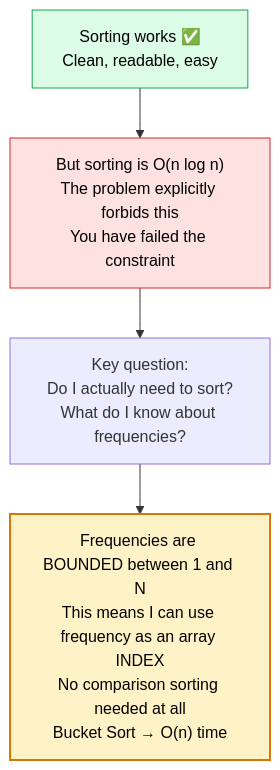
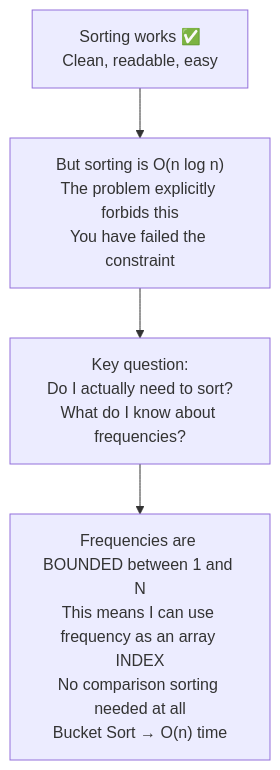
One commit to M-F-Tushar/LeetCode-Problem-Solving changed the seventh of 12 diagrams in 05 - Top K Frequent Elements/README.md. Above: the diagram before and after it, drawn with Mermaid. The commit also changed other lines of this file and 6 other files, not shown here.

Commit message:
added 06 - Is Subsequence, 07 - Longest Consecutive Sequence

````diff
--- a/05 - Top K Frequent Elements/README.md
+++ b/05 - Top K Frequent Elements/README.md
@@ -248,10 +241,7 @@
 ```mermaid
 flowchart TD
     A["Sorting works ✅\nClean, readable, easy"] --> B["But sorting is O(n log n)\nThe problem explicitly forbids this\nYou have failed the constraint"]
     B --> C["Key question:\nDo I actually need to sort?\nWhat do I know about frequencies?"]
     C --> D["Frequencies are BOUNDED between 1 and N\nThis means I can use frequency as an array INDEX\nNo comparison sorting needed at all\nBucket Sort → O(n) time"]
 
-    style A fill:#dcfce7,stroke:#16a34a,color:#000000
-    style B fill:#fee2e2,stroke:#dc2626,color:#000000
-    style D fill:#fef3c7,stroke:#d97706,stroke-width:2px,color:#000000
 ```
````
